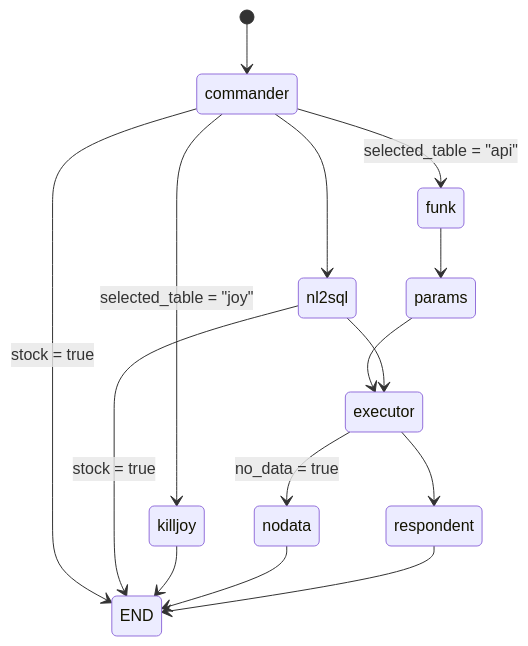
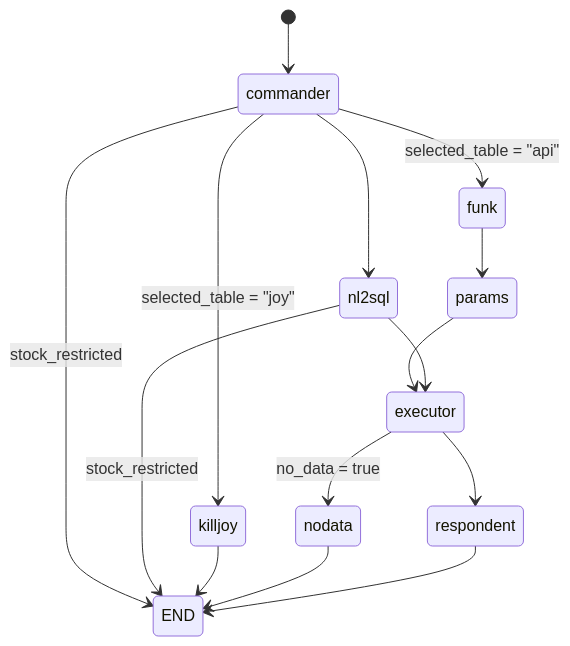
The diagram in README.md (kangbw0420/QUVI), drawn with Mermaid before and after one commit.

Commit message:
architecture_was

````diff
--- a/README.md
+++ b/README.md
@@ -7,22 +7,22 @@
 ```mermaid
 stateDiagram-v2
     [*] --> commander
     
-    commander --> END: stock = true
+    commander --> END: stock_restricted
     commander --> funk: selected_table = "api"
     commander --> killjoy: selected_table = "joy"
     commander --> nl2sql
     
     funk --> params
     params --> executor
     
-    nl2sql --> END: stock = true
+    nl2sql --> END: stock_restricted
     nl2sql --> executor
     
     executor --> nodata: no_data = true
     executor --> respondent
     
     killjoy --> END
     nodata --> END
     respondent --> END
 ```
````
